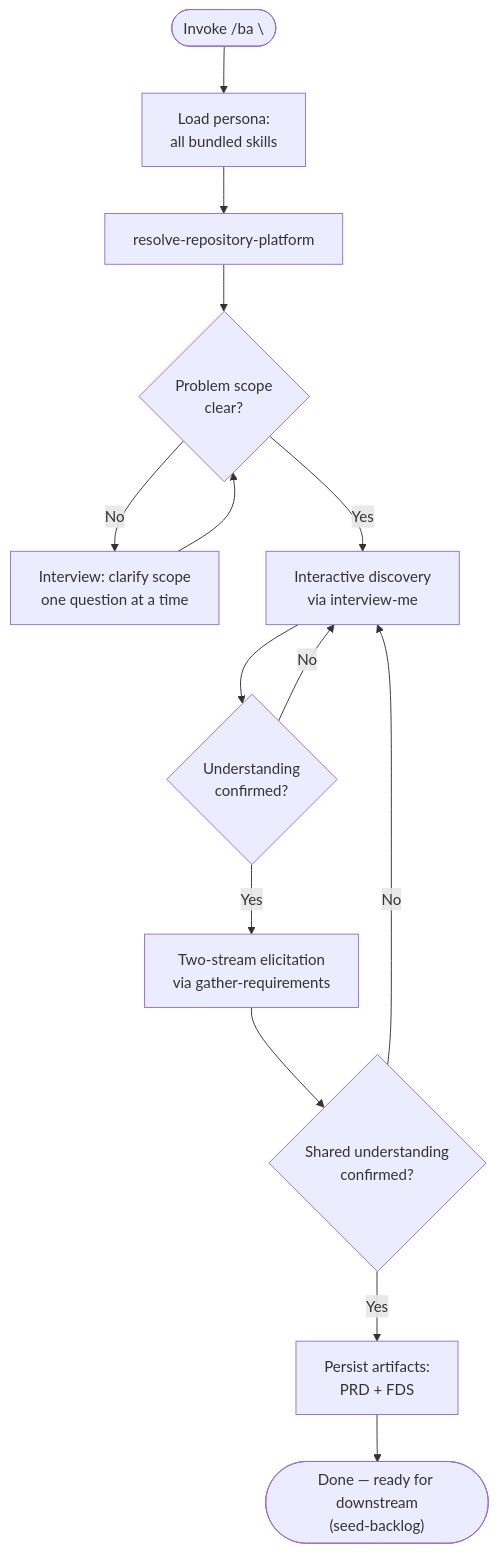
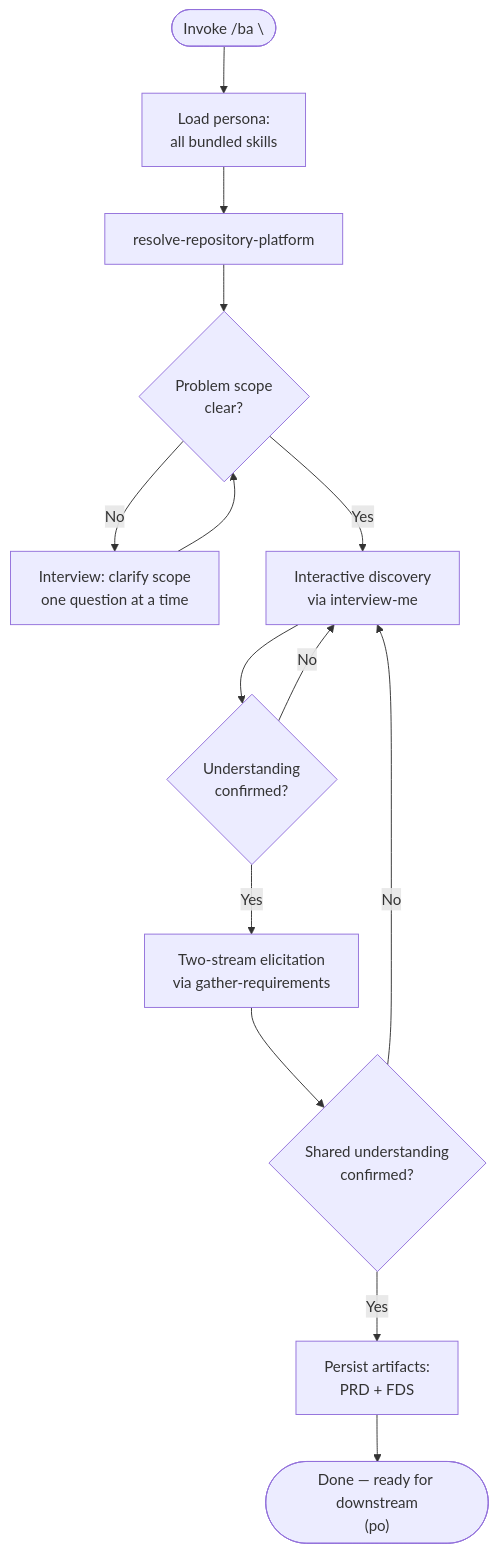
One commit to MegaByteMark/skills-to-pay-the-ai-bills changed the diagram in skills/ba/SKILL.md. Above: the diagram before and after it, drawn with Mermaid. The commit also changed other lines of this file and 6 other files, not shown here.

Commit message:
feat: add po persona orchestrator skill — requirements-to-backlog orchestration with gap analysis, superseding seed-backlog (Closes #63)

````diff
--- a/skills/ba/SKILL.md
+++ b/skills/ba/SKILL.md
@@ -19,16 +19,16 @@
 ```mermaid
 flowchart TD
     START(["Invoke /ba \<context\>"]) --> LOAD["Load persona:<br>all bundled skills"]
     LOAD --> PLATFORM["resolve-repository-platform"]
     PLATFORM --> PROBLEM{Problem scope<br>clear?}
     PROBLEM -->|No| CLARIFY["Interview: clarify scope<br>one question at a time"]
     CLARIFY --> PROBLEM
     PROBLEM -->|Yes| DISCOVER["Interactive discovery<br>via interview-me"]
     DISCOVER --> ALIGN{Understanding<br>confirmed?}
     ALIGN -->|No| DISCOVER
     ALIGN -->|Yes| GATHER["Two-stream elicitation<br>via gather-requirements"]
     GATHER --> CHECK{Shared understanding<br>confirmed?}
     CHECK -->|No| DISCOVER
     CHECK -->|Yes| PERSIST["Persist artifacts:<br>PRD + FDS"]
-    PERSIST --> DONE(["Done — ready for downstream<br>(seed-backlog)"])
+    PERSIST --> DONE(["Done — ready for downstream<br>(po)"])
 ```
````
